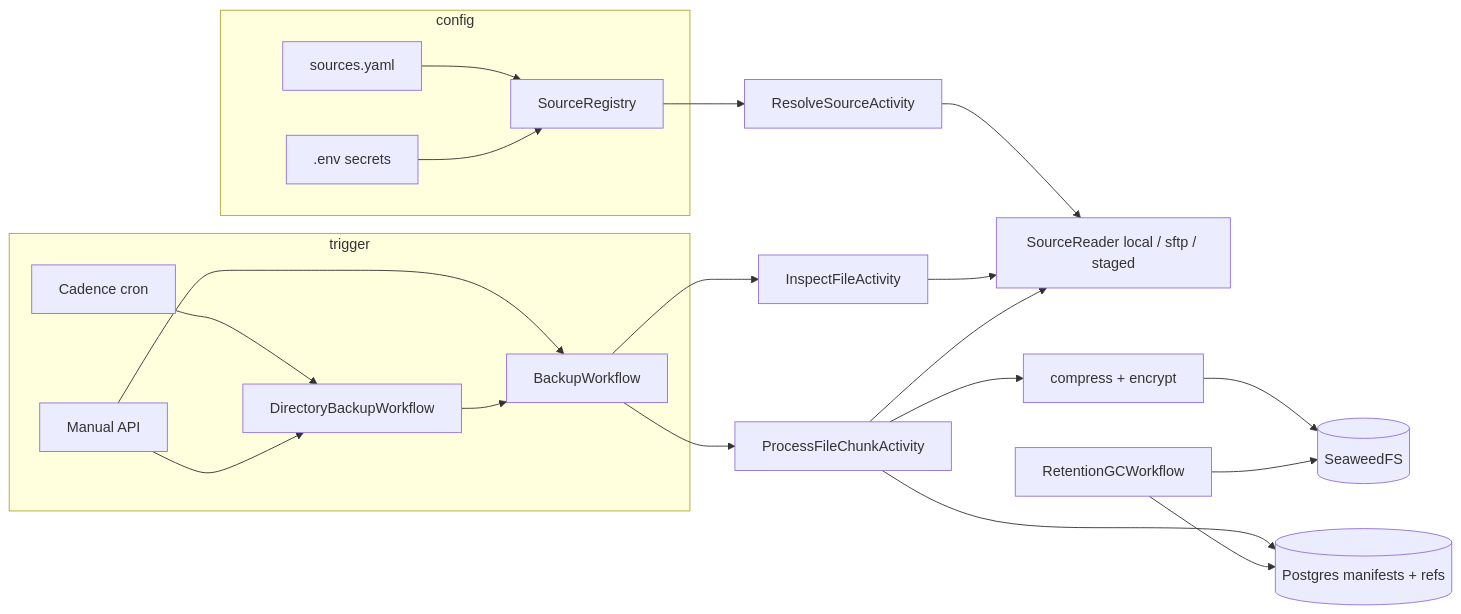
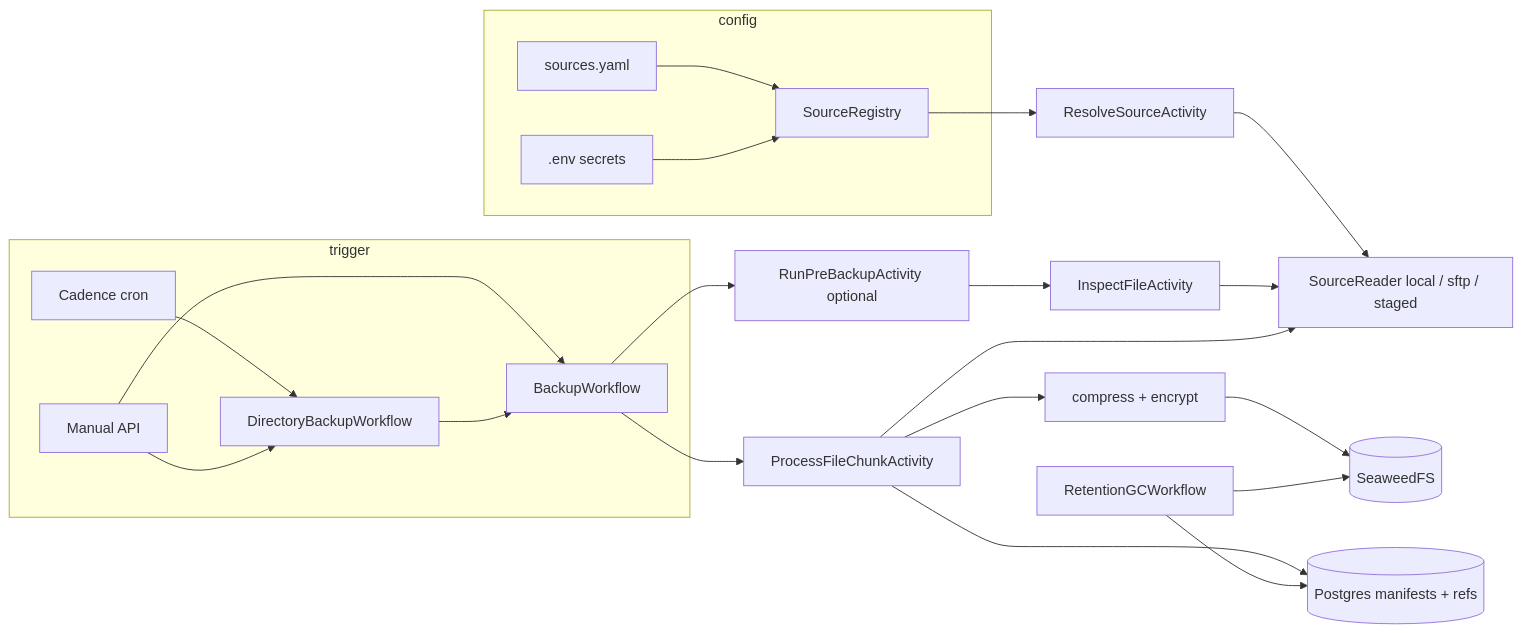
The diagram in docs/multi-source-backup-strategy.md (KarthikSJ97/CosmosBDR), drawn with Mermaid before and after one commit. The commit also changed other lines of this file, not shown here.

Commit message:
Lock DB backup strategy: Tier 1 sftp file pickup, optional pre_backup on sftp sources in docs

````diff
--- a/docs/multi-source-backup-strategy.md
+++ b/docs/multi-source-backup-strategy.md
@@ -372,31 +449,32 @@
 ```mermaid
 flowchart LR
   subgraph config
     YAML[sources.yaml]
     ENV[.env secrets]
     YAML --> Registry[SourceRegistry]
     ENV --> Registry
   end
 
   subgraph trigger
     Cron[Cadence cron]
     API[Manual API]
     Cron --> DirWF[DirectoryBackupWorkflow]
     API --> DirWF
     API --> BkWF[BackupWorkflow]
     DirWF --> BkWF
   end
 
   Registry --> Resolve[ResolveSourceActivity]
   Resolve --> Reader[SourceReader local / sftp / staged]
-  BkWF --> Inspect[InspectFileActivity]
+  BkWF --> PreBk[RunPreBackupActivity optional]
+  PreBk --> Inspect[InspectFileActivity]
   Inspect --> Reader
   BkWF --> Chunk[ProcessFileChunkActivity]
   Chunk --> Reader
   Chunk --> Codec[compress + encrypt]
   Codec --> Seaweed[(SeaweedFS)]
   Chunk --> PG[(Postgres manifests + refs)]
 
   Retention[RetentionGCWorkflow] --> PG
   Retention --> Seaweed
 ```
````
